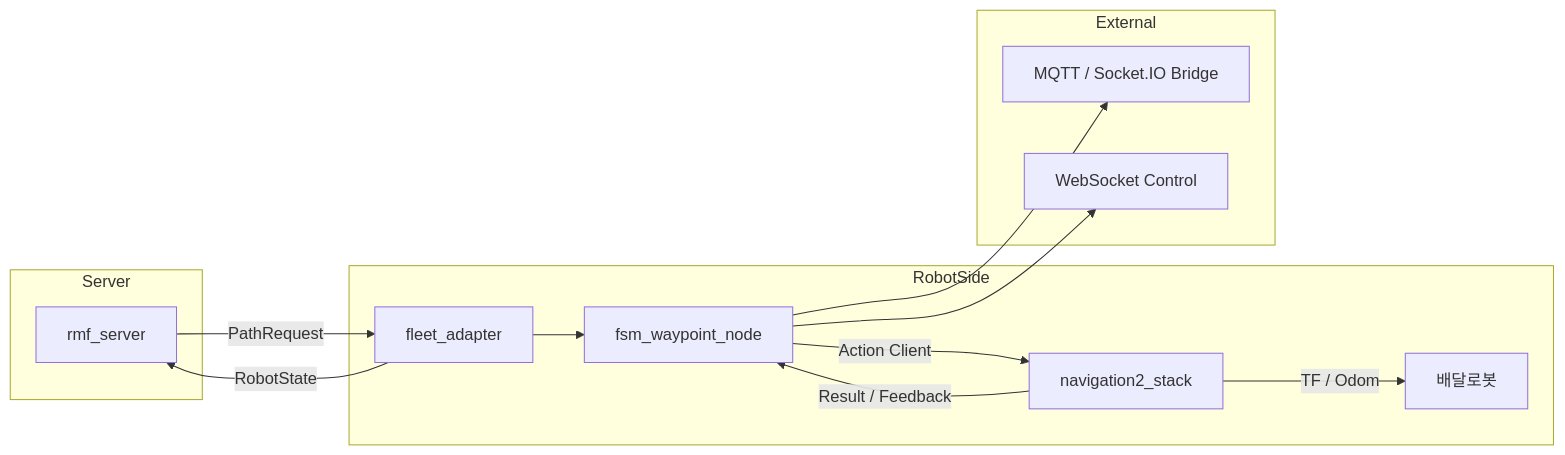
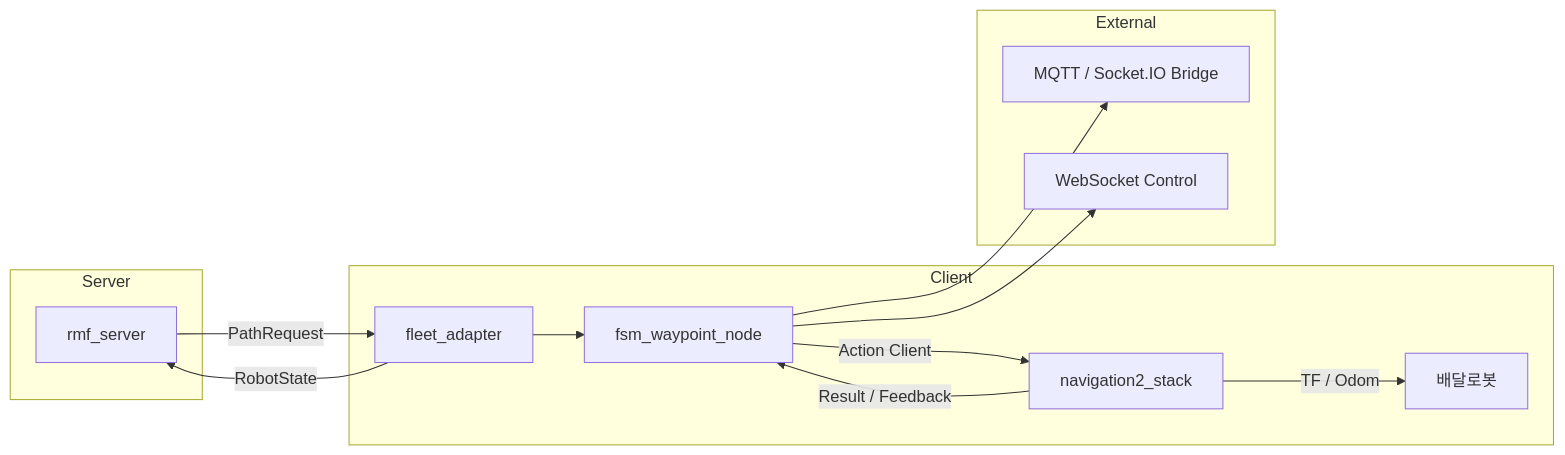
The diagram in README.md (DeveloperKSH/Open-RMF_DeliveryRobot), drawn with Mermaid before and after one commit.

Commit message:
style update

````diff
--- a/README.md
+++ b/README.md
@@ -51,27 +51,27 @@
 ```mermaid
 flowchart LR
   subgraph Server
     RMF_Server["rmf_server"]
   end
 
-  subgraph RobotSide
+  subgraph Client
     Fleet_Adapter["fleet_adapter"]
     FSM["fsm_waypoint_node"]
     Nav2["navigation2_stack"]
     Robot["배달로봇"]
   end
 
   subgraph External
     Bridges["MQTT / Socket.IO Bridge"]
     Cognito["WebSocket Control"]
   end
 
   RMF_Server -- PathRequest --> Fleet_Adapter
   Fleet_Adapter --> FSM
   FSM -->|Action Client| Nav2
   Nav2 -->|TF / Odom| Robot
   Nav2 -->|Result / Feedback| FSM
   Fleet_Adapter -->|RobotState| RMF_Server
   FSM --> Bridges
   FSM --> Cognito  
 ```
````
